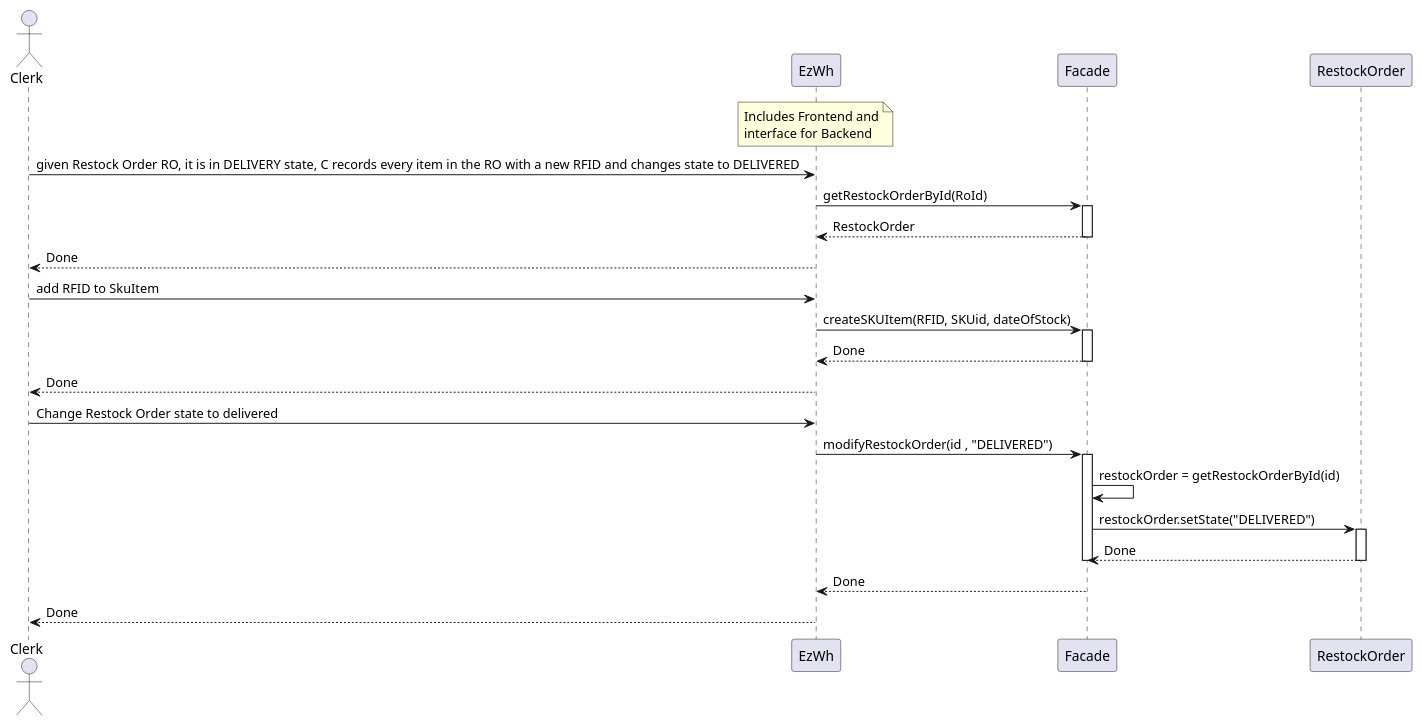
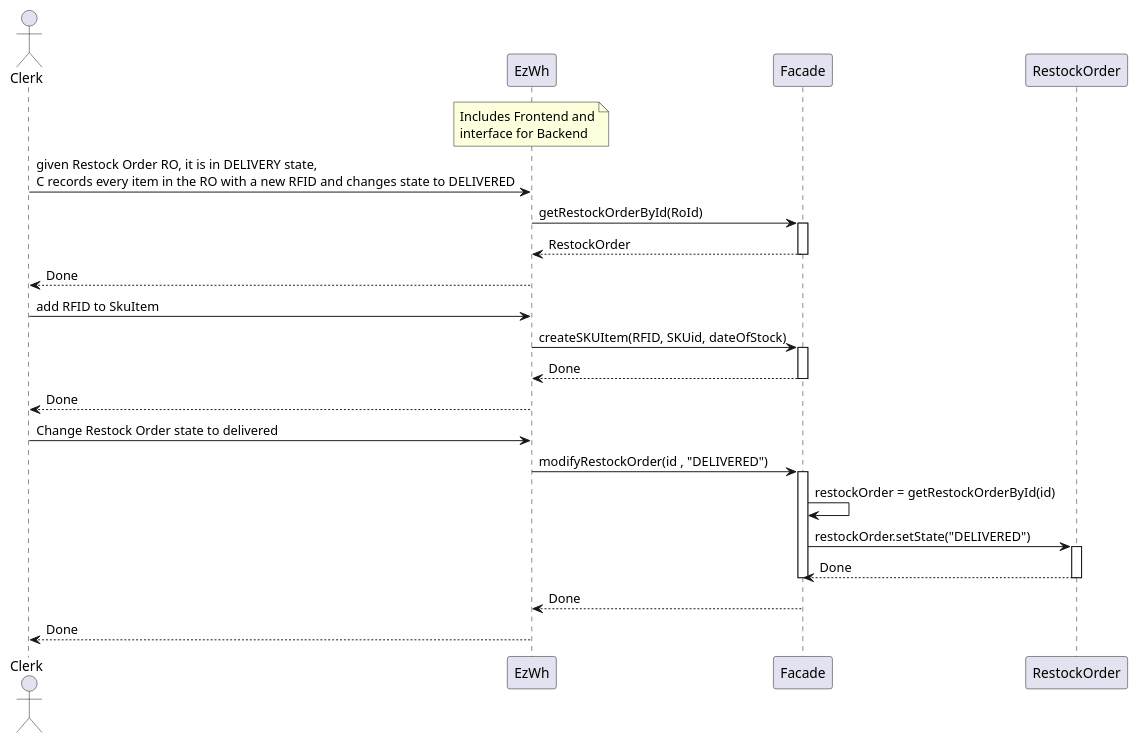
Before and after one commit to giuseppe-dandrea/EzWh: the tenth of 15 diagrams in DesignDocument.md, drawn with PlantUML.

Commit message:
uc 3 and sc 5-1-1 seq diagram added+minor change

````diff
--- a/DesignDocument.md
+++ b/DesignDocument.md
@@ -632,33 +632,33 @@
 ```plantuml
 actor Clerk
 participant EzWh
 note over EzWh: Includes Frontend and\ninterface for Backend
 participant Facade
 participant RestockOrder
 
-Clerk -> EzWh: given Restock Order RO, it is in DELIVERY state, C records every item in the RO with a new RFID and changes state to DELIVERED
+Clerk -> EzWh: given Restock Order RO, it is in DELIVERY state, \nC records every item in the RO with a new RFID and changes state to DELIVERED
 EzWh -> Facade: getRestockOrderById(RoId)
 activate Facade
 Facade --> EzWh: RestockOrder
 deactivate Facade
 EzWh --> Clerk: Done
 
 Clerk -> EzWh: add RFID to SkuItem
 EzWh -> Facade: createSKUItem(RFID, SKUid, dateOfStock)
 activate Facade
 Facade --> EzWh: Done
 deactivate Facade
 EzWh --> Clerk: Done
 
 Clerk -> EzWh: Change Restock Order state to delivered
 EzWh -> Facade: modifyRestockOrder(id , "DELIVERED")
 activate Facade
 Facade -> Facade: restockOrder = getRestockOrderById(id)
 Facade -> RestockOrder: restockOrder.setState("DELIVERED")
 activate RestockOrder
 RestockOrder --> Facade: Done
 Deactivate RestockOrder
 Deactivate Facade
 Facade --> EzWh: Done
 EzWh --> Clerk: Done
 ```
````
